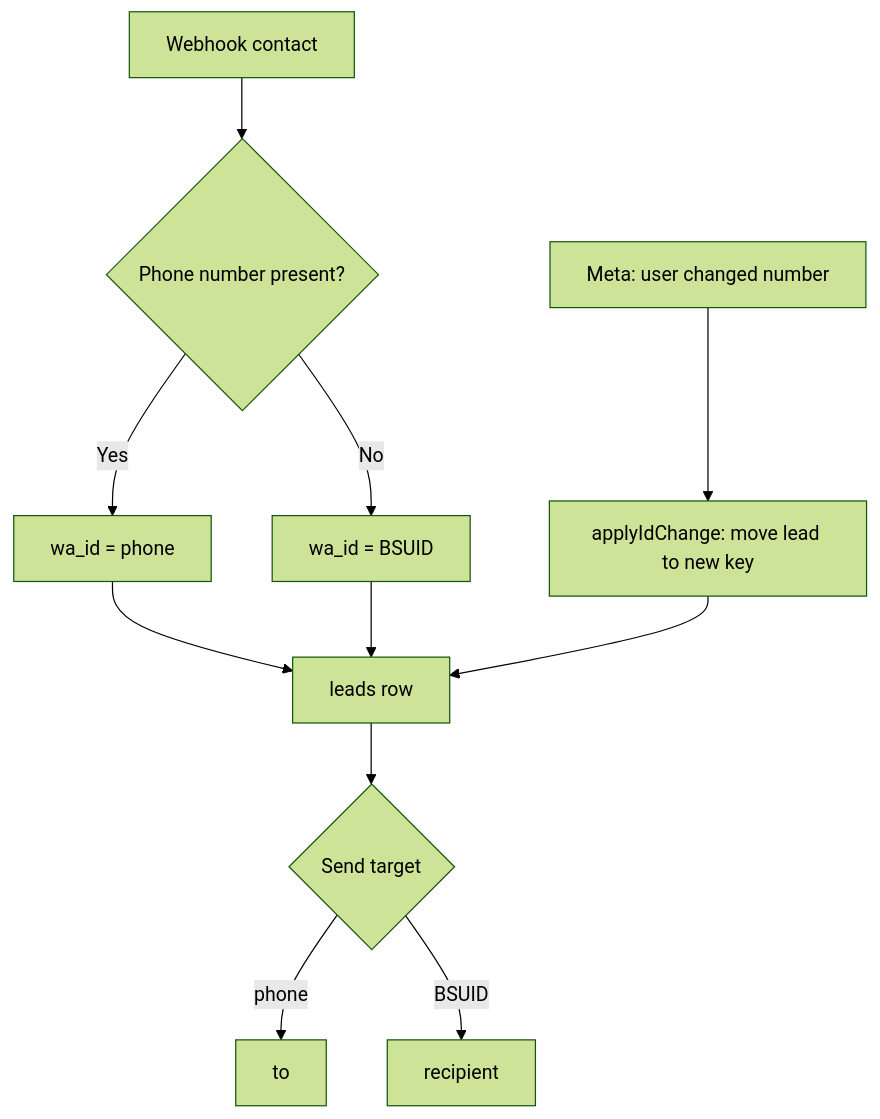
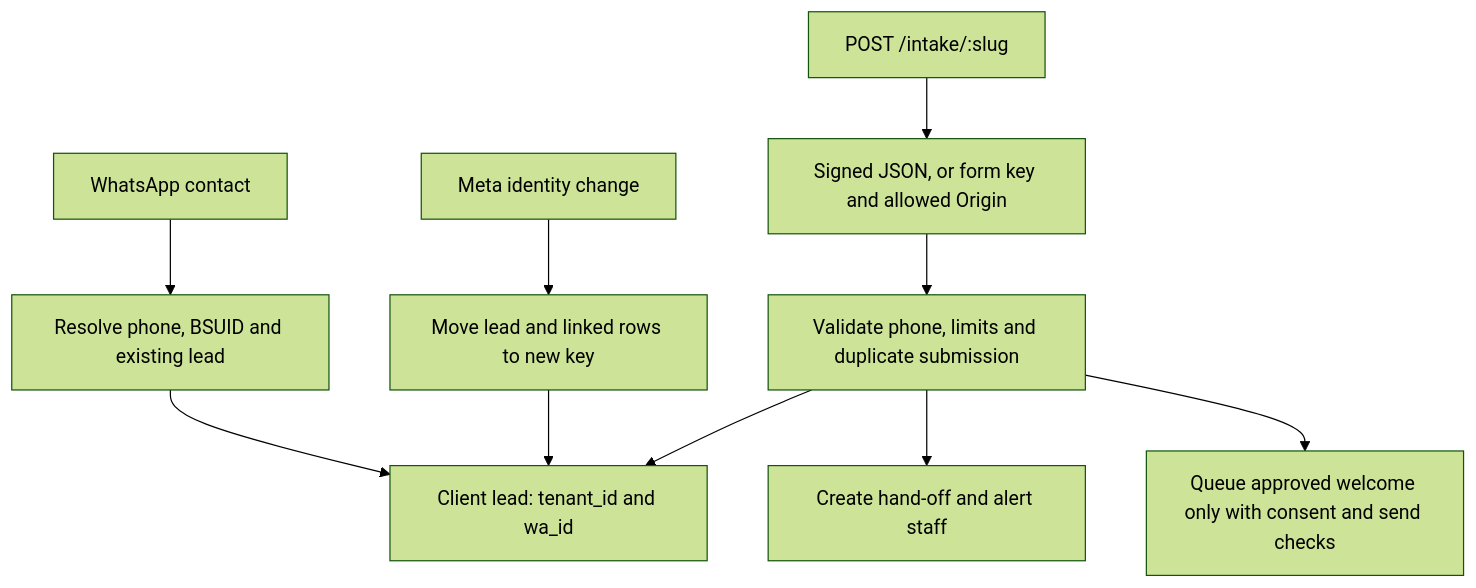
Before and after one commit to kaamilstudiesig/GKF-WA: the seventh of 15 diagrams in docs/SYSTEM_MAP.md, drawn with Mermaid (forest theme). The commit also changed other lines of this file, not shown here.

````diff
--- a/docs/SYSTEM_MAP.md
+++ b/docs/SYSTEM_MAP.md
@@ -164,13 +239,12 @@
 ```mermaid
 flowchart TD
-  WH["Webhook contact"] --> P{"Phone number present?"}
-  P -- "Yes" --> K1["wa_id = phone"]
-  P -- "No" --> K2["wa_id = BSUID"]
-  K1 --> L["leads row"]
-  K2 --> L
-  CH["Meta: user changed number"] --> MV["applyIdChange: move lead to new key"]
-  MV --> L
-  L --> SND{"Send target"}
-  SND -- "phone" --> TO["to"]
-  SND -- "BSUID" --> RC["recipient"]
+  CONTACT["WhatsApp contact"] --> IDENT["Resolve phone, BSUID and existing lead"]
+  IDENT --> LEAD["Client lead: tenant_id and wa_id"]
+  CHANGE["Meta identity change"] --> MOVE["Move lead and linked rows to new key"]
+  MOVE --> LEAD
+  FORM["POST /intake/:slug"] --> AUTH["Signed JSON, or form key and allowed Origin"]
+  AUTH --> VALID["Validate phone, limits and duplicate submission"]
+  VALID --> LEAD
+  VALID --> HAND["Create hand-off and alert staff"]
+  VALID --> WELCOME["Queue approved welcome only with consent and send checks"]
 ```
````
